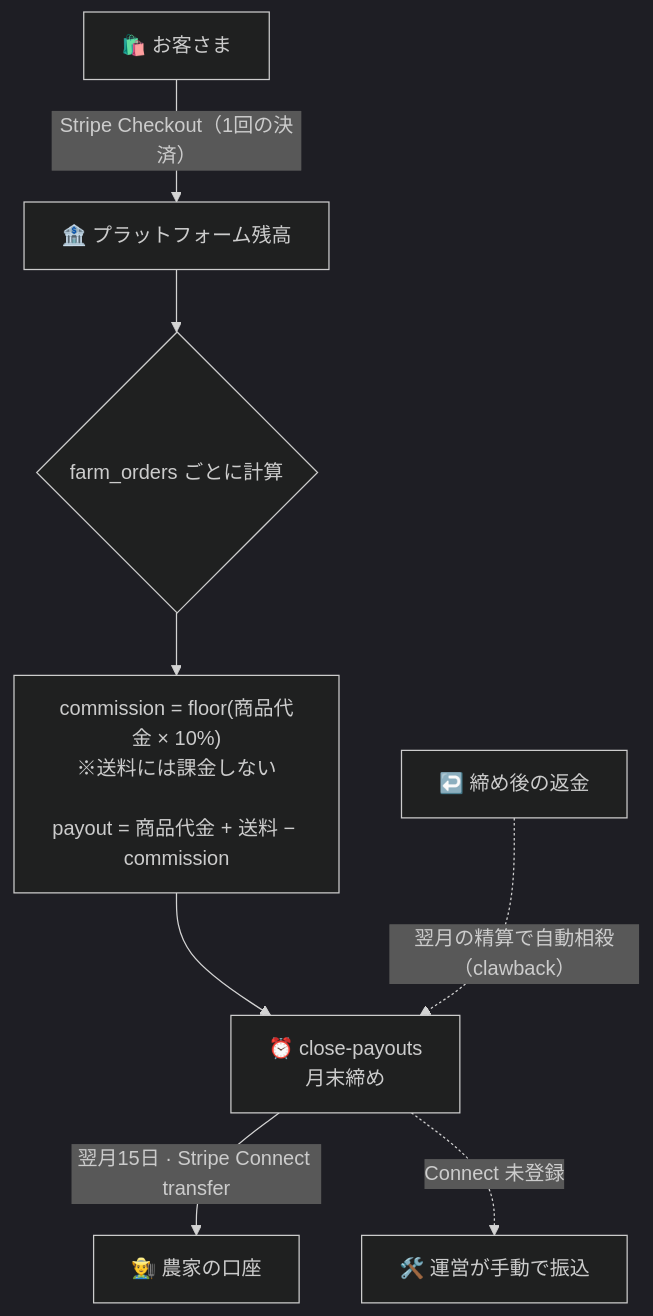
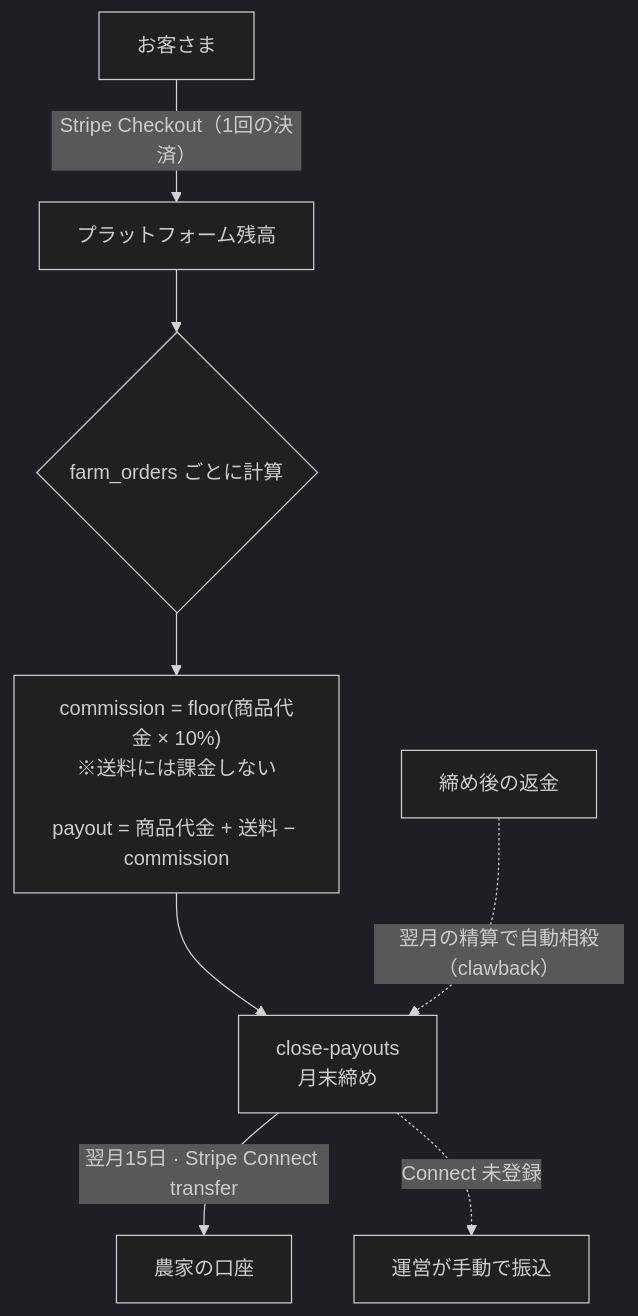
The seventh of 9 diagrams in README.md (bright-broom/online-march), drawn with Mermaid (dark theme) before and after one commit. The commit also changed other lines of this file, not shown here.

````diff
--- a/README.md
+++ b/README.md
@@ -285,10 +285,10 @@
 ```mermaid
 flowchart TB
-    C["🛍️ お客さま"] -- "Stripe Checkout（1回の決済）" --> PB["🏦 プラットフォーム残高"]
+    C["お客さま"] -- "Stripe Checkout（1回の決済）" --> PB["プラットフォーム残高"]
     PB --> SPLIT{"farm_orders ごとに計算"}
     SPLIT --> CALC["commission = floor(商品代金 × 10%)<br/>※送料には課金しない<br/><br/>payout = 商品代金 + 送料 − commission"]
-    CALC --> CLOSE["⏰ close-payouts<br/>月末締め"]
-    CLOSE -- "翌月15日 · Stripe Connect transfer" --> FARM["👨‍🌾 農家の口座"]
-    CLOSE -. "Connect 未登録" .-> MANUAL["🛠️ 運営が手動で振込"]
-    REF["↩️ 締め後の返金"] -. "翌月の精算で自動相殺（clawback）" .-> CLOSE
+    CALC --> CLOSE["close-payouts<br/>月末締め"]
+    CLOSE -- "翌月15日 · Stripe Connect transfer" --> FARM["農家の口座"]
+    CLOSE -. "Connect 未登録" .-> MANUAL["運営が手動で振込"]
+    REF["締め後の返金"] -. "翌月の精算で自動相殺（clawback）" .-> CLOSE
 ```
````
